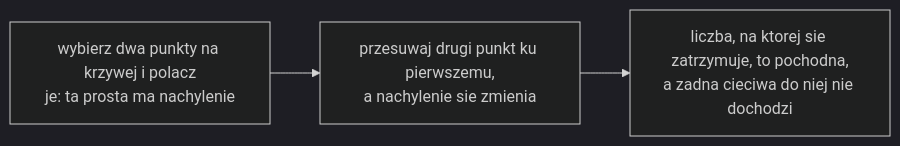
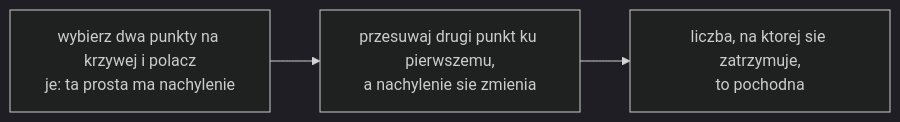
Before and after one commit to konradcinkusz/math-for-ai-engineers: the diagram in figures/mermaid/pl/f11-chord-to-tangent.mmd, drawn with Mermaid (dark theme). The commit also changed 26 other files, not shown here.

```diff
--- a/figures/mermaid/pl/f11-chord-to-tangent.mmd
+++ b/figures/mermaid/pl/f11-chord-to-tangent.mmd
@@ -1,4 +1,4 @@
 flowchart LR
   A["wybierz dwa punkty na krzywej i polacz<br/>je: ta prosta ma nachylenie"]
   A --> B["przesuwaj drugi punkt ku pierwszemu,<br/>a nachylenie sie zmienia"]
-  B --> C["liczba, na ktorej sie zatrzymuje, to pochodna,<br/>a zadna cieciwa do niej nie dochodzi"]
+  B --> C["liczba, na ktorej sie zatrzymuje,<br/>to pochodna"]
```
